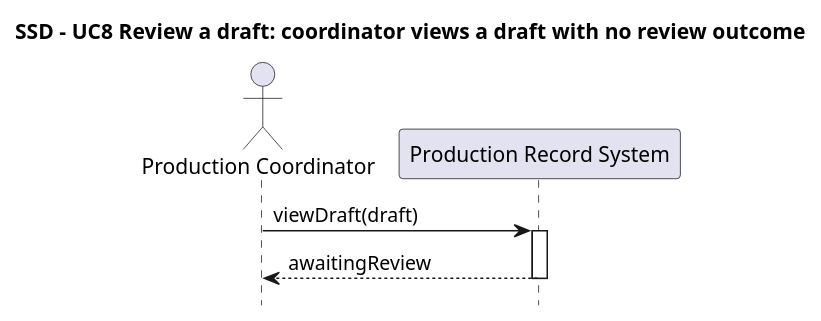
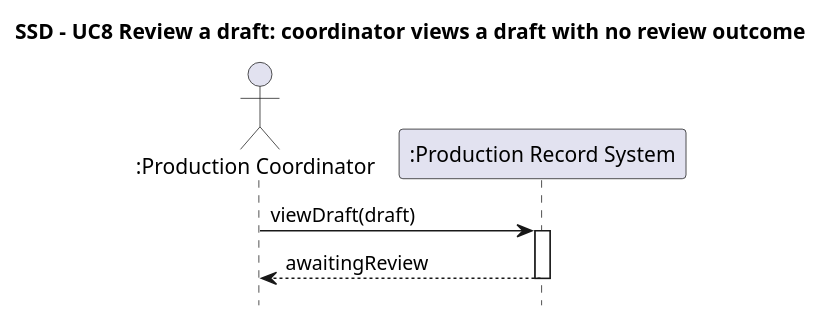
The diagram in Diagrams/System_Sequence_Diagrams/SSD_UC8_AwaitingReview.puml (JanArnoCoetzer/Local-Podcast-Production-Service-myrepo), drawn with PlantUML before and after one commit. The commit also changed 37 other files, not shown here.

```diff
--- a/Diagrams/System_Sequence_Diagrams/SSD_UC8_AwaitingReview.puml
+++ b/Diagrams/System_Sequence_Diagrams/SSD_UC8_AwaitingReview.puml
@@ -1,13 +1,13 @@
 @startuml SSD_UC8_AwaitingReview
 title SSD - UC8 Review a draft: coordinator views a draft with no review outcome
 
 hide footbox
 
-actor "Production Coordinator" as PC
-participant "Production Record System" as S
+actor ":Production Coordinator" as PC
+participant ":Production Record System" as S
 
 PC -> S : viewDraft(draft)
 activate S
 S --> PC : awaitingReview
 deactivate S
 @enduml
```
